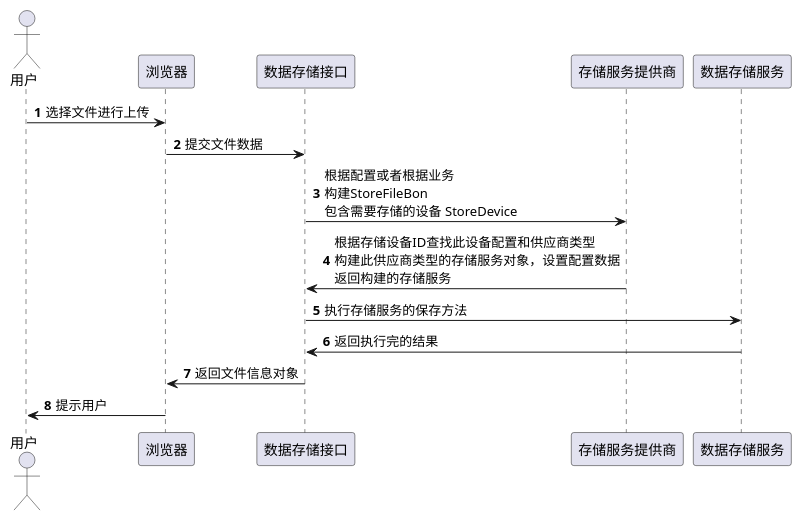
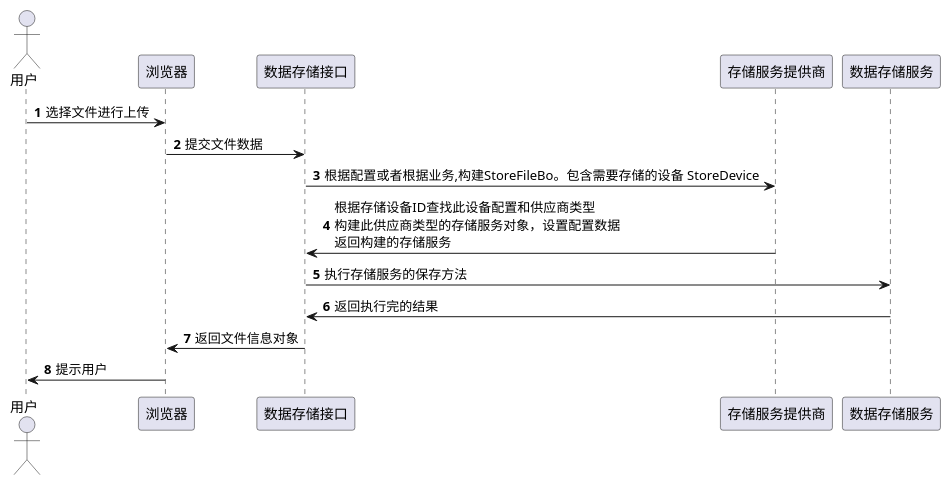
One commit to mrhanhan/flowerpot changed the diagram in doc/service/flowerpot-storage-data-process.puml. Above: the diagram before and after it, drawn with PlantUML. The commit also changed 1 other file, not shown here.

```diff
--- a/doc/service/flowerpot-storage-data-process.puml
+++ b/doc/service/flowerpot-storage-data-process.puml
@@ -1,21 +1,21 @@
 @startuml
 'https://plantuml.com/sequence-diagram
 
 autonumber
 
 actor	"用户" as U
 participant "浏览器" as B
 participant "数据存储接口" as I
 participant "存储服务提供商" as S
 participant "数据存储服务" as D
 
 U -> B: 选择文件进行上传
 B -> I: 提交文件数据
-I -> S: 根据配置或者根据业务\n构建StoreFileBon\n包含需要存储的设备 StoreDevice
+I -> S: 根据配置或者根据业务,构建StoreFileBo。包含需要存储的设备 StoreDevice
 S -> I: 根据存储设备ID查找此设备配置和供应商类型\n构建此供应商类型的存储服务对象，设置配置数据\n返回构建的存储服务
 I -> D: 执行存储服务的保存方法
 D -> I: 返回执行完的结果
 I -> B: 返回文件信息对象
 B -> U: 提示用户
 
 @enduml
```
